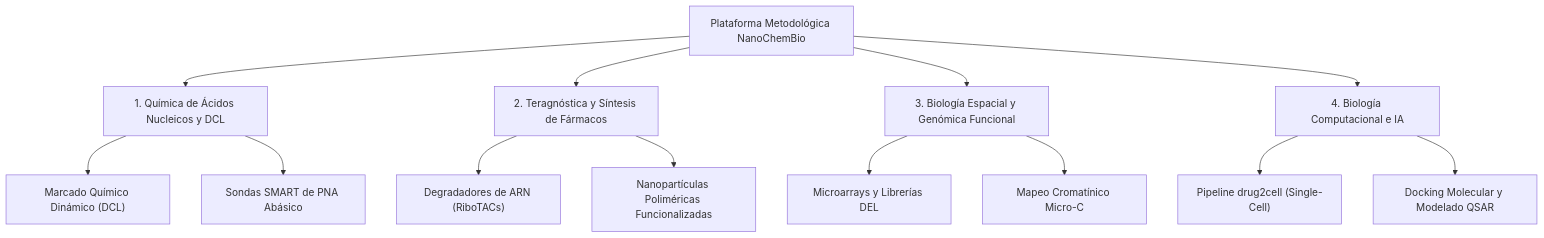
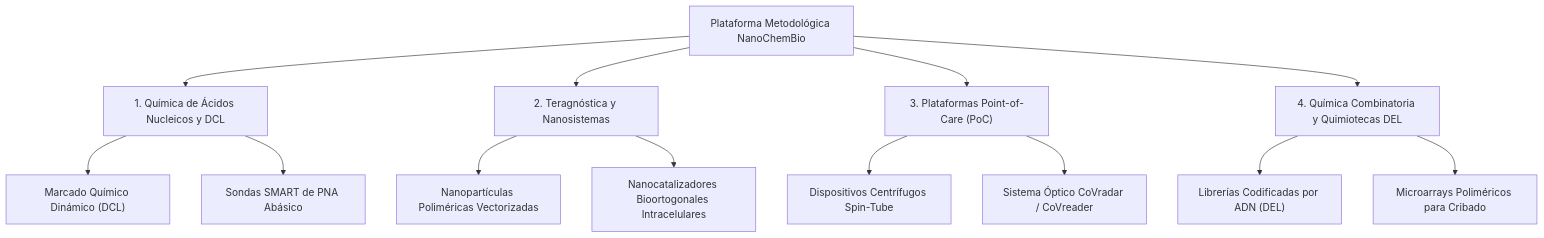
Before and after one commit to jjdmochon/Catedra-UGR-31-7-2026: the diagram in wiki/methods/Methods_Overview.md, drawn with Mermaid. The commit also changed other lines of this file and 21 other files, not shown here.

Commit message:
feat(concurso): Incorporar documentacion oficial de solicitud y tasas UGR, acreditacion ANECA y eliminar metodos no desarrollados (RiboTAC, drug2cell, Micro-C)

````diff
--- a/wiki/methods/Methods_Overview.md
+++ b/wiki/methods/Methods_Overview.md
@@ -17,19 +17,19 @@
 ```mermaid
 graph TD
     A["Plataforma Metodológica NanoChemBio"] --> B["1. Química de Ácidos Nucleicos y DCL"]
-    A --> C["2. Teragnóstica y Síntesis de Fármacos"]
-    A --> D["3. Biología Espacial y Genómica Funcional"]
-    A --> E["4. Biología Computacional e IA"]
+    A --> C["2. Teragnóstica y Nanosistemas"]
+    A --> D["3. Plataformas Point-of-Care (PoC)"]
+    A --> E["4. Química Combinatoria y Quimiotecas DEL"]
     
     B --> F["Marcado Químico Dinámico (DCL)"]
     B --> G["Sondas SMART de PNA Abásico"]
     
-    C --> H["Degradadores de ARN (RiboTACs)"]
-    C --> I["Nanopartículas Poliméricas Funcionalizadas"]
+    C --> H["Nanopartículas Poliméricas Vectorizadas"]
+    C --> I["Nanocatalizadores Bioortogonales Intracelulares"]
     
-    D --> J["Microarrays y Librerías DEL"]
-    D --> K["Mapeo Cromatínico Micro-C"]
+    D --> J["Dispositivos Centrífugos Spin-Tube"]
+    D --> K["Sistema Óptico CoVradar / CoVreader"]
     
-    E --> L["Pipeline drug2cell (Single-Cell)"]
-    E --> M["Docking Molecular y Modelado QSAR"]
+    E --> L["Librerías Codificadas por ADN (DEL)"]
+    E --> M["Microarrays Poliméricos para Cribado"]
 ```
````
